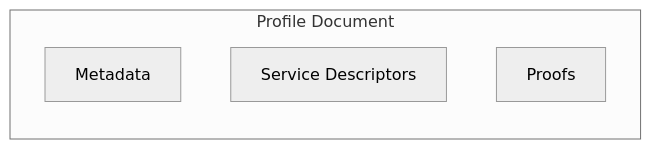
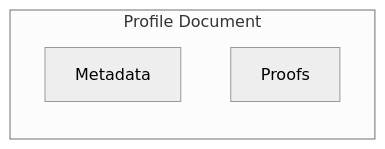
One commit to trustoverip/tswg-trust-registry-service-profile changed the diagram in spec.md. Above: the diagram before and after it, drawn with Mermaid (neutral theme). The commit also changed other lines of this file, not shown here.

````diff
--- a/spec.md
+++ b/spec.md
@@ -141,8 +136,7 @@
 ```mermaid
 graph LR
     subgraph Profile Document
         Metadata[Metadata]
-        Descriptors[Service Descriptors]
         Proofs[Proofs]
     end
 ```
````
